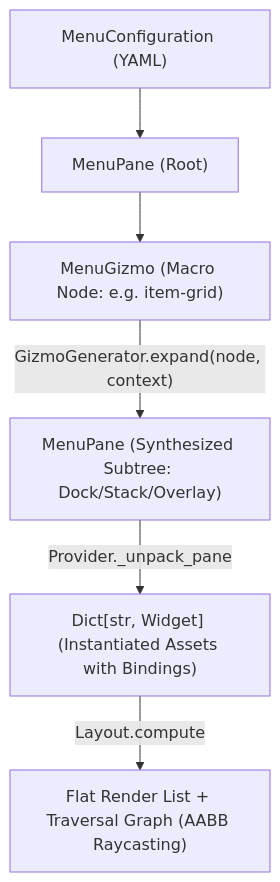
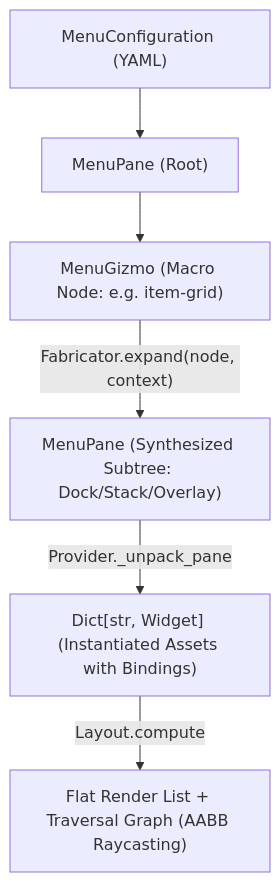
One commit to chinchalinchin/ontology changed the diagram in .prompts/board/phases/refactor/refactor-04-05.md. Above: the diagram before and after it, drawn with Mermaid.

Commit message:
grooming

````diff
--- a/.prompts/board/phases/refactor/refactor-04-05.md
+++ b/.prompts/board/phases/refactor/refactor-04-05.md
@@ -46,15 +46,15 @@
 ```mermaid
 flowchart TD
     A["MenuConfiguration (YAML)"]
     B["MenuPane (Root)"]
     C["MenuGizmo (Macro Node: e.g. item-grid)"]
     D["MenuPane (Synthesized Subtree: Dock/Stack/Overlay)"]
     E["Dict[str, Widget] (Instantiated Assets with Bindings)"]
     F["Flat Render List + Traversal Graph (AABB Raycasting)"]
 
     A --> B
     B --> C
-    C -->|"GizmoGenerator.expand(node, context)"| D
+    C -->|"Fabricator.expand(node, context)"| D
     D -->|"Provider._unpack_pane"| E
     E -->|"Layout.compute"| F
 ```
````
